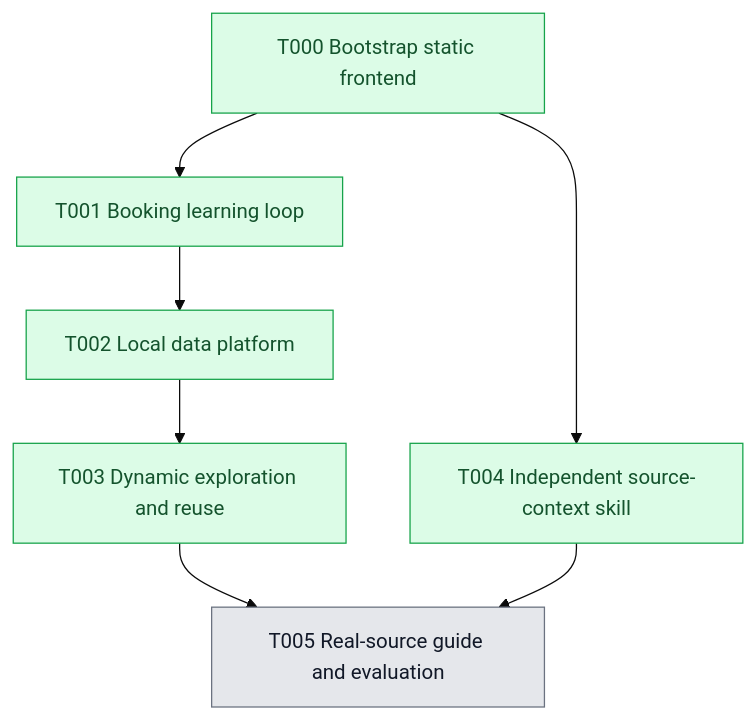
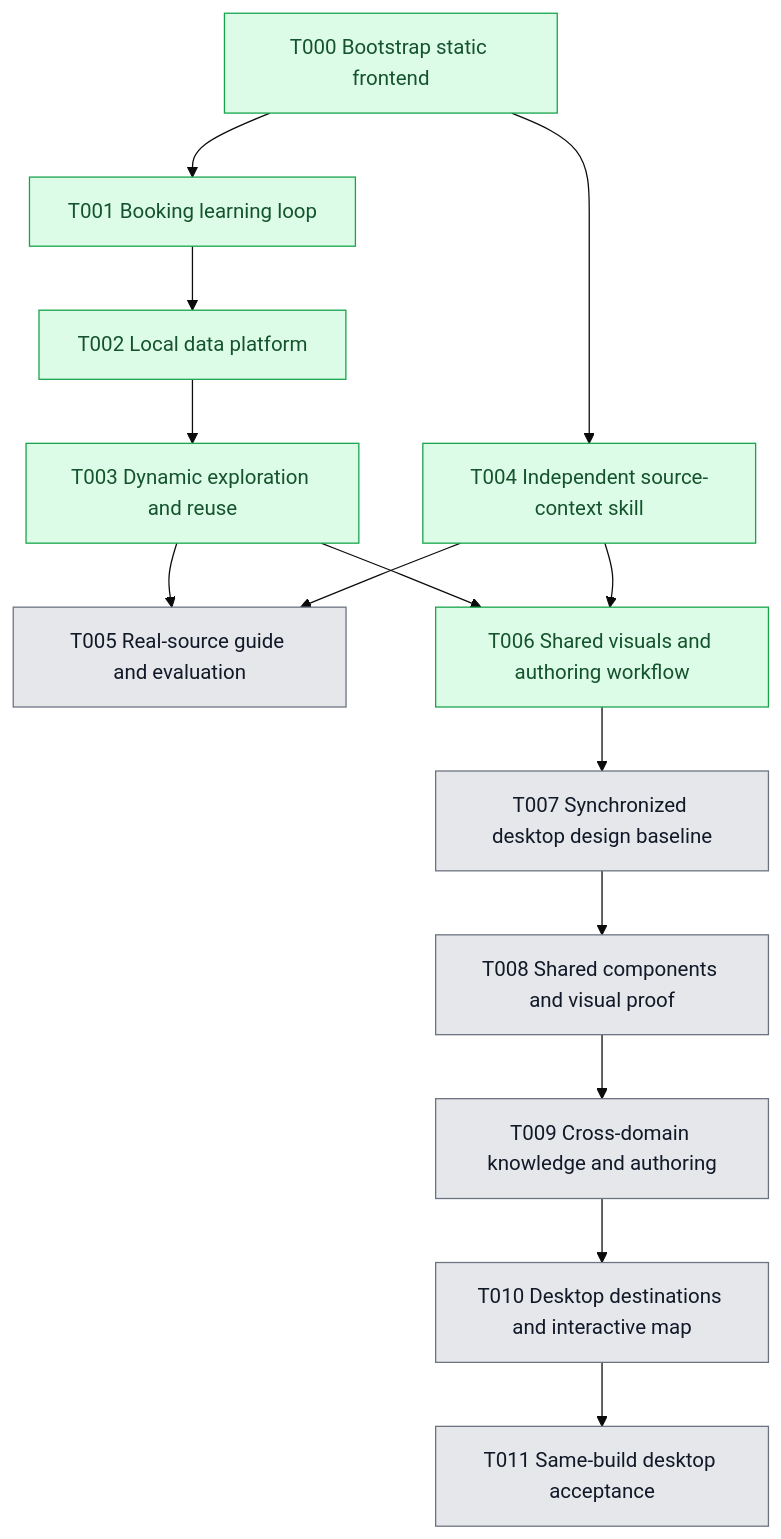
Before and after one commit to 0-sayed/atlas: the diagram in planning/roadmap/dependencies.mmd, drawn with Mermaid (base theme). The commit also changed 60 other files, not shown here.

First line of the commit message:
feat: add reviewed navigation and visual authoring foundation (#9)

```diff
--- a/planning/roadmap/dependencies.mmd
+++ b/planning/roadmap/dependencies.mmd
@@ -1,20 +1,35 @@
 flowchart TD
   T000["T000 Bootstrap static frontend"]
   T001["T001 Booking learning loop"]
   T002["T002 Local data platform"]
   T003["T003 Dynamic exploration and reuse"]
   T004["T004 Independent source-context skill"]
   T005["T005 Real-source guide and evaluation"]
+  T006["T006 Shared visuals and authoring workflow"]
+  T007["T007 Synchronized desktop design baseline"]
+  T008["T008 Shared components and visual proof"]
+  T009["T009 Cross-domain knowledge and authoring"]
+  T010["T010 Desktop destinations and interactive map"]
+  T011["T011 Same-build desktop acceptance"]
 
   T000 --> T001
   T001 --> T002
   T002 --> T003
   T000 --> T004
   T003 --> T005
   T004 --> T005
+  T003 --> T006
+  T004 --> T006
+  T006 --> T007
+  T007 --> T008
+  T008 --> T009
+  T009 --> T010
+  T010 --> T011
+
+  %% T005 human evaluation remains independent; it does not block desktop delivery.
 
   %% Match each node's class to the Done column in tasks.md.
   classDef pending fill:#E5E7EB,stroke:#6B7280,color:#111827
   classDef done fill:#DCFCE7,stroke:#16A34A,color:#14532D
-  class T000,T001,T002,T003,T004 done
-  class T005 pending
+  class T000,T001,T002,T003,T004,T006 done
+  class T005,T007,T008,T009,T010,T011 pending
```
